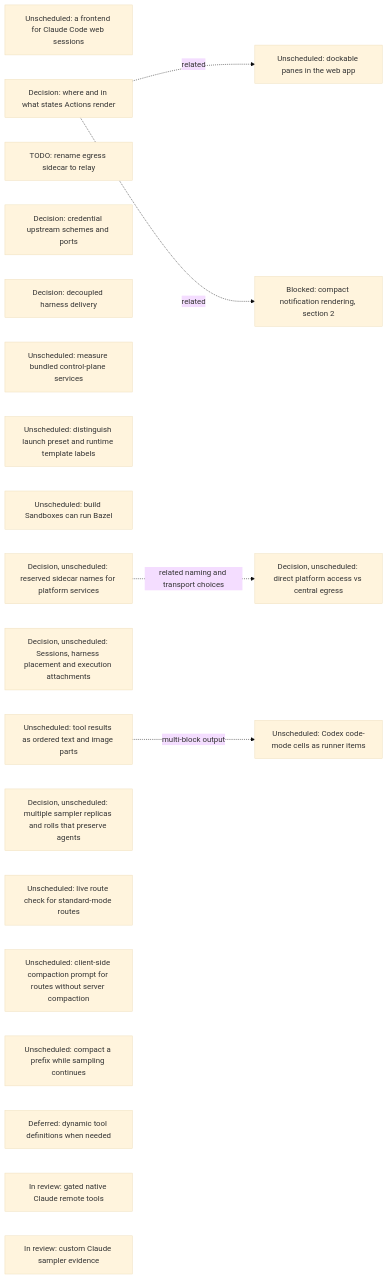
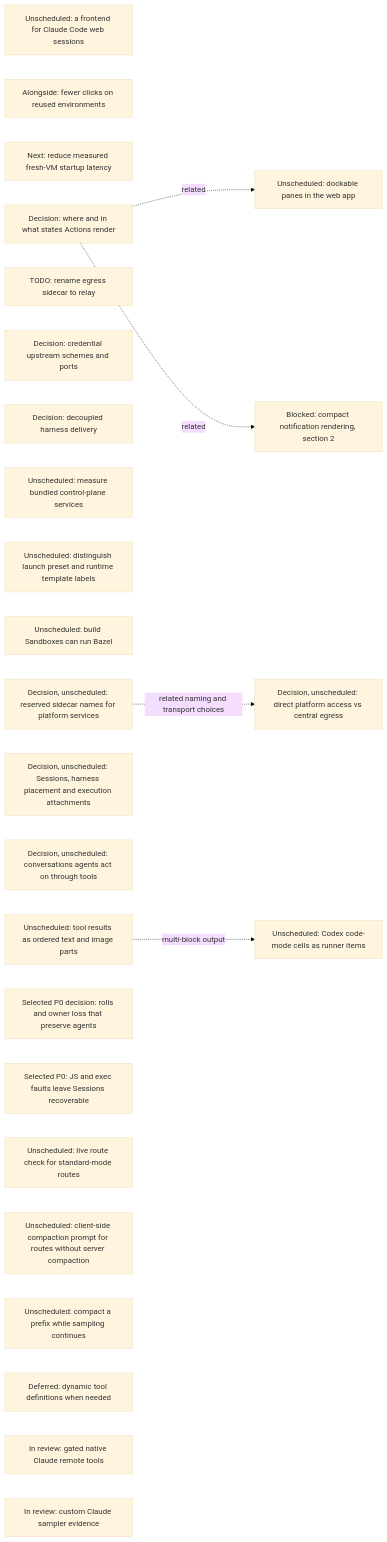
The sixth of 18 diagrams in agentplane/plans/task_dag.md (agentydragon/ducktape), drawn with Mermaid (base theme) before and after one commit. The commit also changed other lines of this file and 6 other files, not shown here.

````diff
--- a/agentplane/plans/task_dag.md
+++ b/agentplane/plans/task_dag.md
@@ -541,28 +655,32 @@
 ```mermaid
 flowchart LR
     CLAUDE_CODE_WEB_BRIDGE[Unscheduled: a frontend for Claude Code web sessions]
+    SESSION_LAUNCH_FRICTION[Alongside: fewer clicks on reused environments]
+    VM_STARTUP_LATENCY[Next: reduce measured fresh-VM startup latency]
     ACTION_SURFACES_DESIGN[Decision: where and in what states Actions render]
     EGRESS_RELAY_RENAME[TODO: rename egress sidecar to relay]
     EGRESS_CREDENTIAL_TRANSPORT_DESIGN[Decision: credential upstream schemes and ports]
     RUNNER_HARNESS_DELIVERY_DESIGN[Decision: decoupled harness delivery]
     K3S_BUNDLED_SERVICES_SPIKE[Unscheduled: measure bundled control-plane services]
     DOCKABLE_PANES[Unscheduled: dockable panes in the web app]
     ACTION_SURFACES_DESIGN -. related .-> DOCKABLE_PANES
     NOTIFICATION_PRESENTATION[Blocked: compact notification rendering, section 2]
     ACTION_SURFACES_DESIGN -. related .-> NOTIFICATION_PRESENTATION
     SANDBOX_FORM_TERMINOLOGY[Unscheduled: distinguish launch preset and runtime template labels]
     BUILD_BOX_BAZEL[Unscheduled: build Sandboxes can run Bazel]
     PLATFORM_SERVICE_NAMES_DESIGN[Decision, unscheduled: reserved sidecar names for platform services]
     PLATFORM_SERVICE_ROUTING_DESIGN[Decision, unscheduled: direct platform access vs central egress]
     PLATFORM_SERVICE_NAMES_DESIGN -. related naming and transport choices .-> PLATFORM_SERVICE_ROUTING_DESIGN
     SESSION_RUNTIME_MODEL_DESIGN[Decision, unscheduled: Sessions, harness placement and execution attachments]
+    AGENT_AUTHORED_CONVERSATIONS_DESIGN[Decision, unscheduled: conversations agents act on through tools]
     STRUCTURED_TOOL_OUTPUT[Unscheduled: tool results as ordered text and image parts]
     STRUCTURED_TOOL_OUTPUT -. multi-block output .-> CODEX_CODE_MODE_CELLS[Unscheduled: Codex code-mode cells as runner items]
-    CENTRAL_SAMPLER_REPLICA_ROLLOUT[Decision, unscheduled: multiple sampler replicas and rolls that preserve agents]
+    CENTRAL_SAMPLER_REPLICA_ROLLOUT[Selected P0 decision: rolls and owner loss that preserve agents]
+    CENTRAL_SAMPLER_TOOL_RECOVERY[Selected P0: JS and exec faults leave Sessions recoverable]
     CENTRAL_SAMPLER_MODEL_CAPABILITIES[Unscheduled: live route check for standard-mode routes]
     CENTRAL_SAMPLER_PROMPT_COMPACTION[Unscheduled: client-side compaction prompt for routes without server compaction]
     CENTRAL_SAMPLER_BACKGROUND_COMPACTION[Unscheduled: compact a prefix while sampling continues]
     CENTRAL_SAMPLER_DYNAMIC_TOOLS[Deferred: dynamic tool definitions when needed]
     CLAUDE_REMOTE_EXECUTION_SPIKE[In review: gated native Claude remote tools]
     CLAUDE_CUSTOM_SAMPLER[In review: custom Claude sampler evidence]
 ```
````
